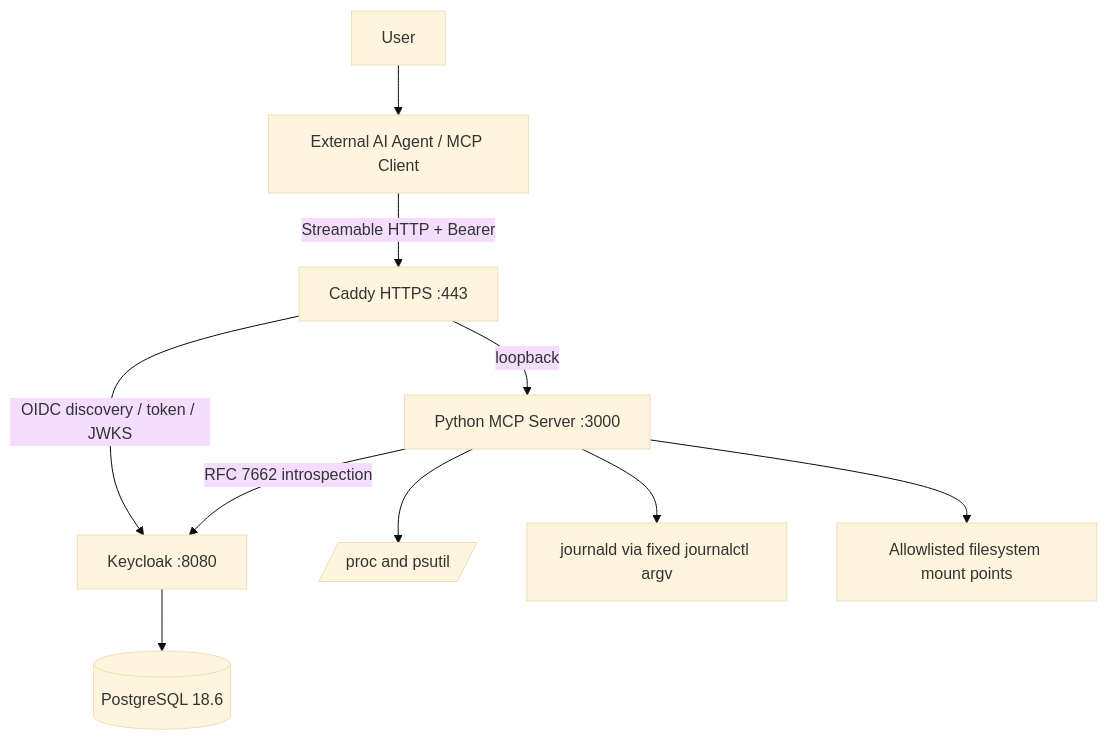
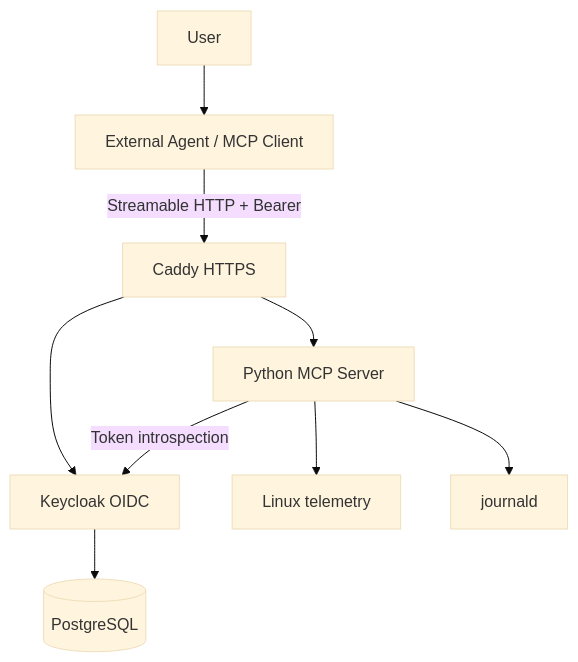
The diagram in docs/03_architecture_and_design.md (tuananh-developer/linux-mcp-agent-server), drawn with Mermaid (base theme) before and after one commit. The commit also changed other lines of this file and 29 other files, not shown here.

````diff
--- a/docs/03_architecture_and_design.md
+++ b/docs/03_architecture_and_design.md
@@ -5,12 +7,11 @@
 ```mermaid
 flowchart TB
-  U[User] --> A[External AI Agent / MCP Client]
-  A -->|Streamable HTTP + Bearer| C[Caddy HTTPS :443]
-  C -->|loopback| M[Python MCP Server :3000]
-  C -->|OIDC discovery / token / JWKS| K[Keycloak :8080]
-  M -->|RFC 7662 introspection| K
-  M --> P[/proc and psutil/]
-  M --> J[journald via fixed journalctl argv]
-  M --> F[Allowlisted filesystem mount points]
-  K --> D[(PostgreSQL 18.6)]
+  U[User] --> A[External Agent / MCP Client]
+  A -->|Streamable HTTP + Bearer| C[Caddy HTTPS]
+  C --> M[Python MCP Server]
+  C --> K[Keycloak OIDC]
+  M -->|Token introspection| K
+  M --> P[Linux telemetry]
+  M --> J[journald]
+  K --> D[(PostgreSQL)]
 ```
````
